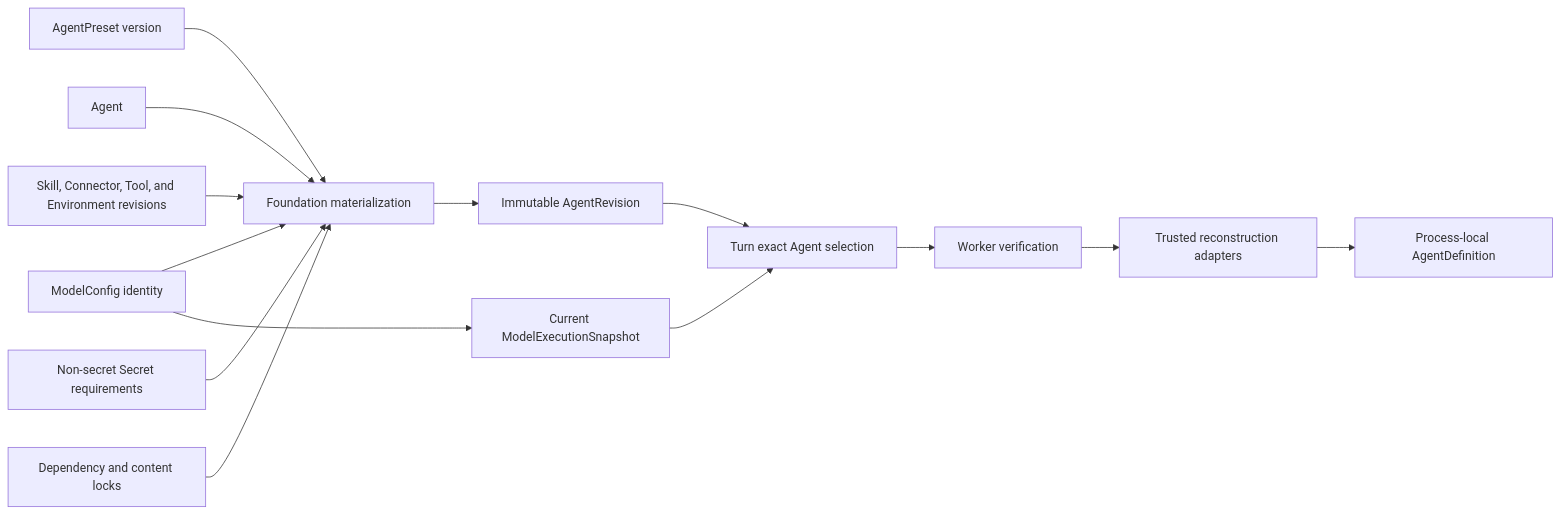
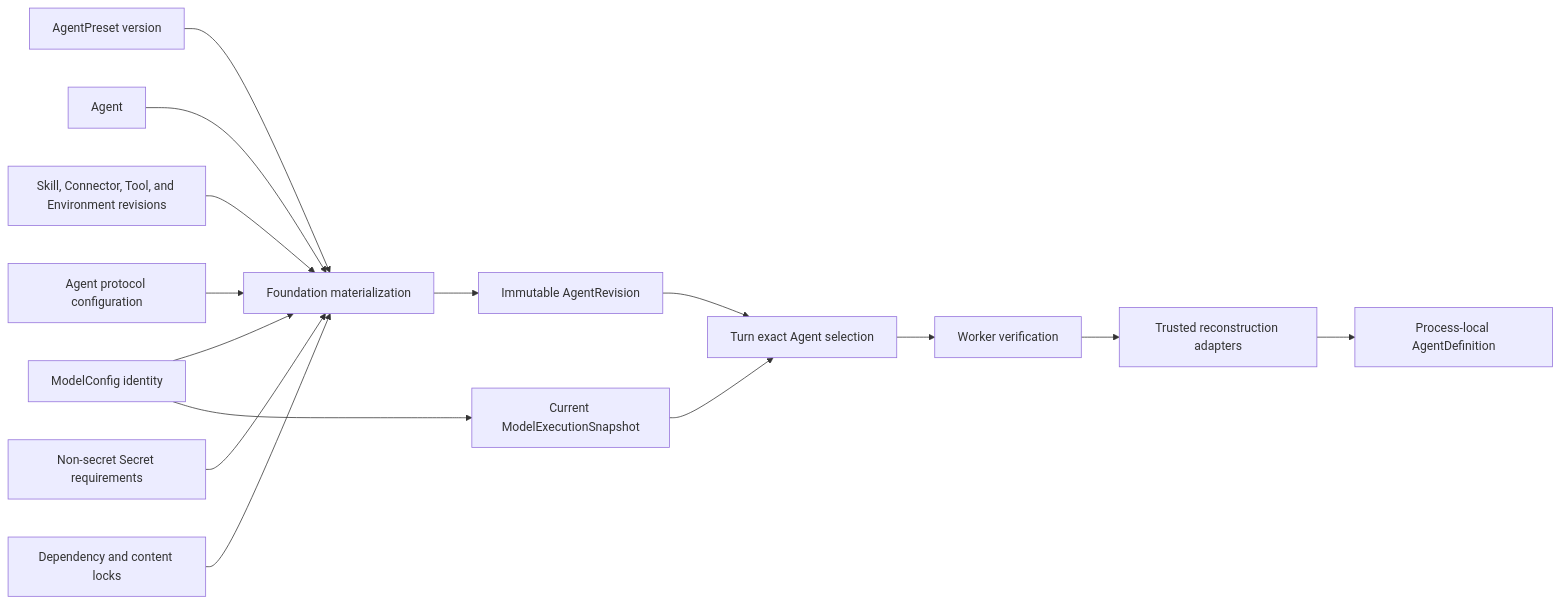
Before and after one commit to converge-ai-labs/agent-foundation: the first of 2 diagrams in spec/foundation-service/12-agent-revisions-and-reconstruction.md, drawn with Mermaid. The commit also changed other lines of this file and 17 other files, not shown here.

````diff
--- a/spec/foundation-service/12-agent-revisions-and-reconstruction.md
+++ b/spec/foundation-service/12-agent-revisions-and-reconstruction.md
@@ -93,16 +147,17 @@
 ```mermaid
 flowchart LR
     Preset[AgentPreset version] --> Materialize[Foundation materialization]
     Agent[Agent] --> Materialize
     Model[ModelConfig identity] --> Materialize
     Resources[Skill, Connector, Tool, and Environment revisions] --> Materialize
+    Protocols[Agent protocol configuration] --> Materialize
     Secrets[Non-secret Secret requirements] --> Materialize
     Locks[Dependency and content locks] --> Materialize
     Materialize --> Revision[Immutable AgentRevision]
     Revision --> Turn[Turn exact Agent selection]
     Model --> Snapshot[Current ModelExecutionSnapshot]
     Snapshot --> Turn
     Turn --> Verify[Worker verification]
     Verify --> Adapter[Trusted reconstruction adapters]
     Adapter --> Definition[Process-local AgentDefinition]
 ```
````
